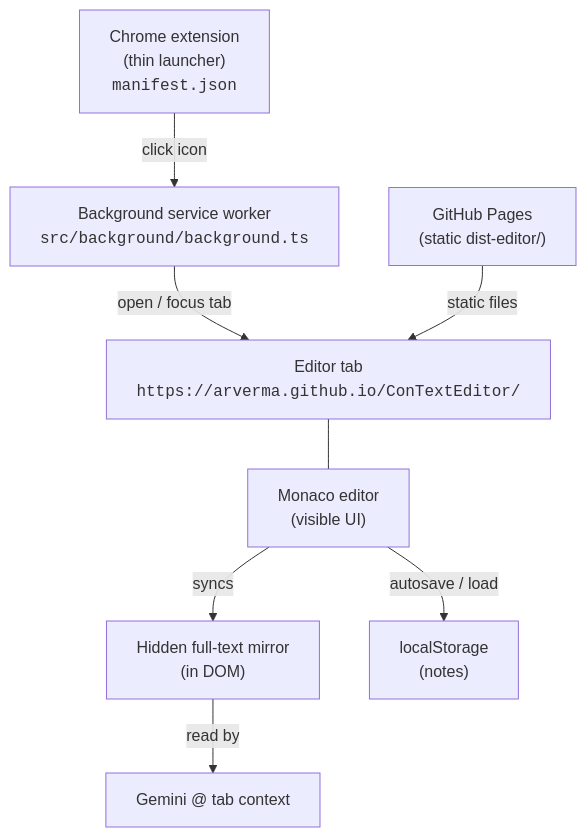
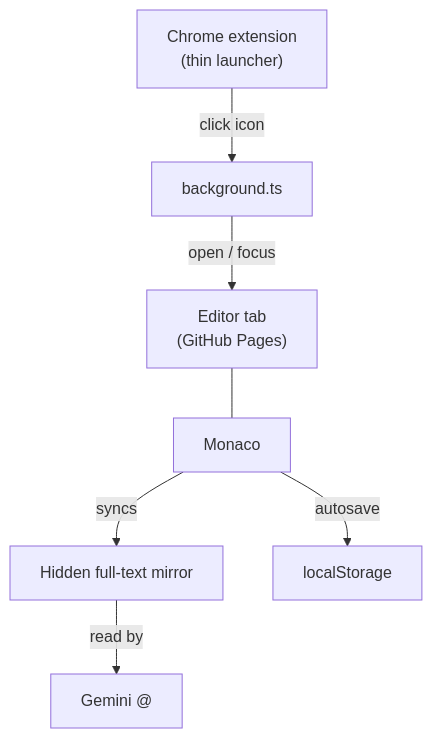
Before and after one commit to arverma/ConTextEditor: the diagram in docs/ARCHITECTURE.md, drawn with Mermaid. The commit also changed other lines of this file and 11 other files, not shown here.

````diff
--- a/docs/ARCHITECTURE.md
+++ b/docs/ARCHITECTURE.md
@@ -18,19 +11,17 @@
 ```mermaid
 flowchart TB
-  ext["Chrome extension<br/>(thin launcher)<br/><code>manifest.json</code>"]
-  bg["Background service worker<br/><code>src/background/background.ts</code>"]
-  editor["Editor tab<br/><code>https://arverma.github.io/ConTextEditor/</code>"]
-  monaco["Monaco editor<br/>(visible UI)"]
-  mirror["Hidden full-text mirror<br/>(in DOM)"]
-  storage["localStorage<br/>(notes)"]
-  gemini["Gemini @ tab context"]
-  pages["GitHub Pages<br/>(static dist-editor/)"]
+  ext["Chrome extension<br/>(thin launcher)"]
+  bg["background.ts"]
+  editor["Editor tab<br/>(GitHub Pages)"]
+  monaco["Monaco"]
+  mirror["Hidden full-text mirror"]
+  storage["localStorage"]
+  gemini["Gemini @"]
 
-  ext -->|"click icon"| bg
-  bg -->|"open / focus tab"| editor
+  ext -->|click icon| bg
+  bg -->|open / focus| editor
   editor --- monaco
-  monaco -->|"syncs"| mirror
-  monaco -->|"autosave / load"| storage
-  mirror -->|"read by"| gemini
-  pages -->|"static files"| editor
+  monaco -->|syncs| mirror
+  monaco -->|autosave| storage
+  mirror -->|read by| gemini
 ```
````
